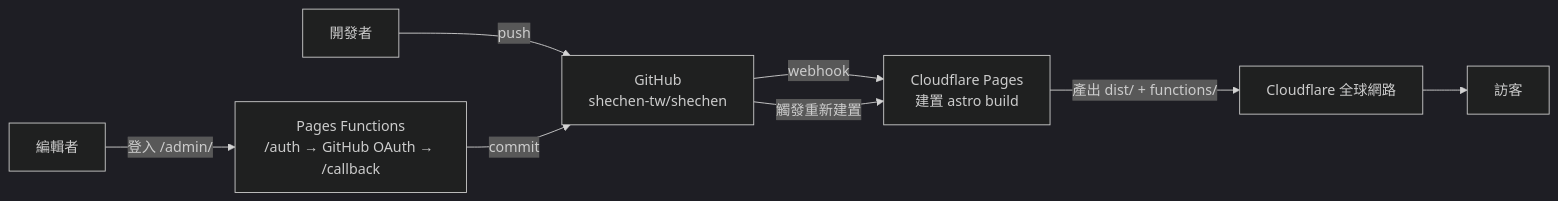
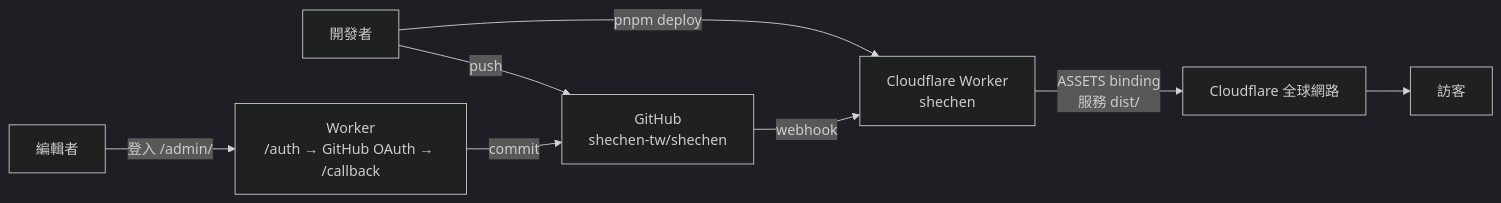
The diagram in README.md (shechen-tw/shechen), drawn with Mermaid (dark theme) before and after one commit. The commit also changed other lines of this file and 15 other files, not shown here.

````diff
--- a/README.md
+++ b/README.md
@@ -57,10 +57,10 @@
 ```mermaid
 flowchart LR
   dev["開發者"] -->|push| gh["GitHub<br/>shechen-tw/shechen"]
-  gh -->|webhook| cf["Cloudflare Pages<br/>建置 astro build"]
-  cf -->|"產出 dist/ + functions/"| edge["Cloudflare 全球網路"]
-  editor["編輯者"] -->|登入 /admin/| oauth["Pages Functions<br/>/auth → GitHub OAuth → /callback"]
+  dev -->|"pnpm deploy"| wrk["Cloudflare Worker<br/>shechen"]
+  gh -->|webhook| wrk
+  wrk -->|"ASSETS binding<br/>服務 dist/"| edge["Cloudflare 全球網路"]
+  editor["編輯者"] -->|登入 /admin/| oauth["Worker<br/>/auth → GitHub OAuth → /callback"]
   oauth -->|commit| gh
-  gh -->|觸發重新建置| cf
   edge --> visitor["訪客"]
 ```
````
